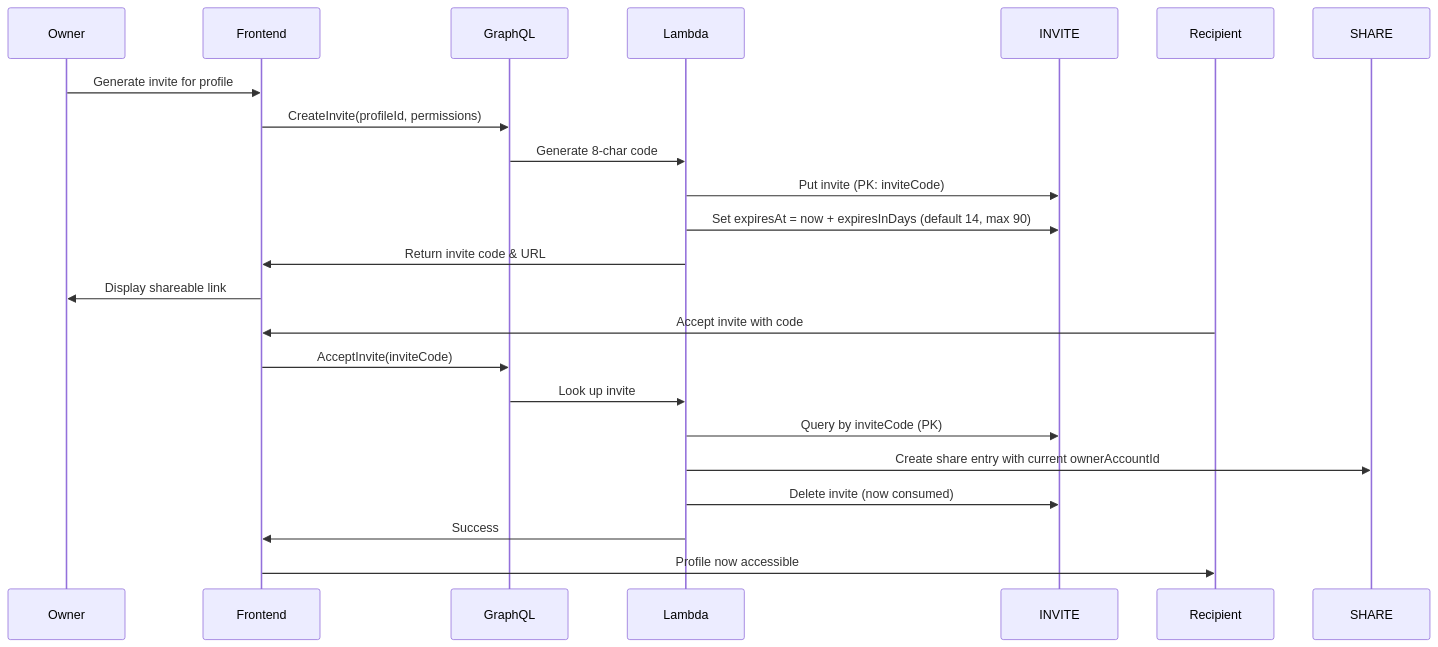
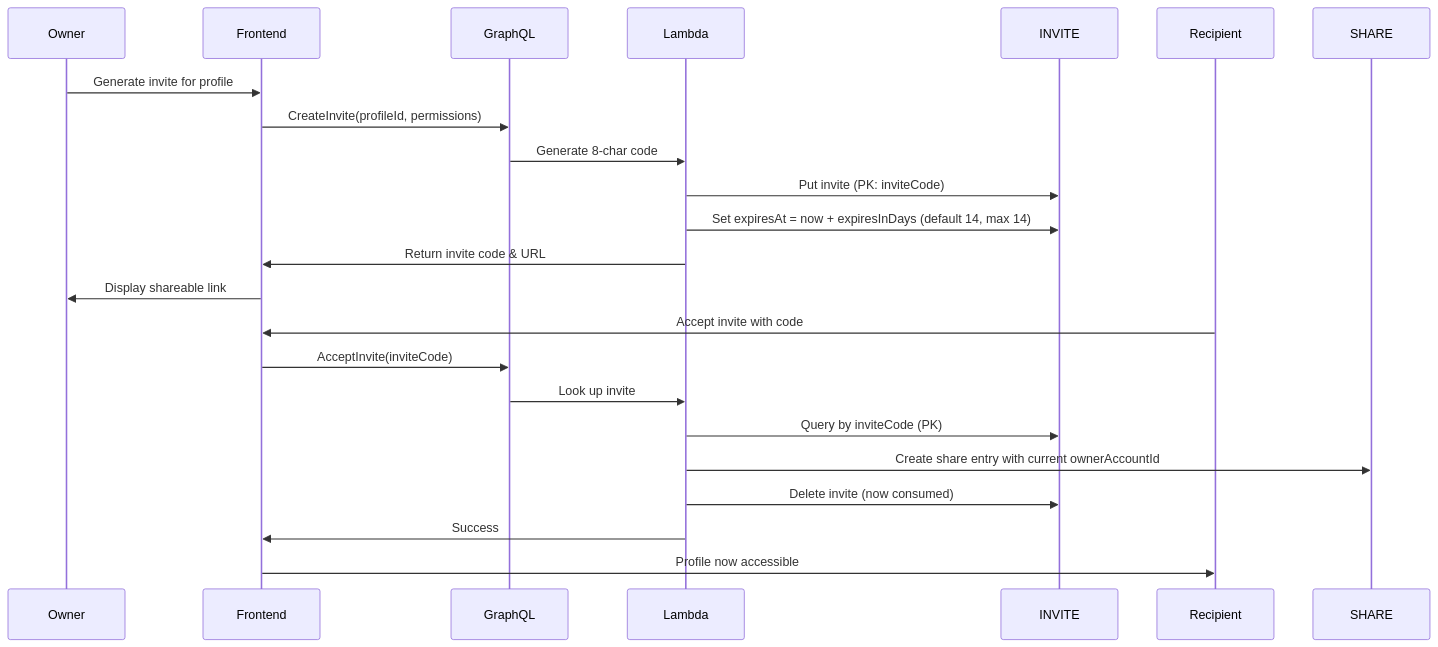
Before and after one commit to dmeiser/kernelworx: the seventh of 13 diagrams in docs/SCHEMA.md, drawn with Mermaid. The commit also changed other lines of this file and 4 other files, not shown here.

First line of the commit message:
fix(appsync): cap invite expiresInDays at 14 days, matching the default (#453)

````diff
--- a/docs/SCHEMA.md
+++ b/docs/SCHEMA.md
@@ -239,19 +239,19 @@
 ```mermaid
 sequenceDiagram
     Owner->>Frontend: Generate invite for profile
     Frontend->>GraphQL: CreateInvite(profileId, permissions)
     GraphQL->>Lambda: Generate 8-char code
     Lambda->>INVITE: Put invite (PK: inviteCode)
-    Lambda->>INVITE: Set expiresAt = now + expiresInDays (default 14, max 90)
+    Lambda->>INVITE: Set expiresAt = now + expiresInDays (default 14, max 14)
     Lambda->>Frontend: Return invite code & URL
     Frontend->>Owner: Display shareable link
     
     Recipient->>Frontend: Accept invite with code
     Frontend->>GraphQL: AcceptInvite(inviteCode)
     GraphQL->>Lambda: Look up invite
     Lambda->>INVITE: Query by inviteCode (PK)
     Lambda->>SHARE: Create share entry with current ownerAccountId
     Lambda->>INVITE: Delete invite (now consumed)
     Lambda->>Frontend: Success
     Frontend->>Recipient: Profile now accessible
 ```
````
